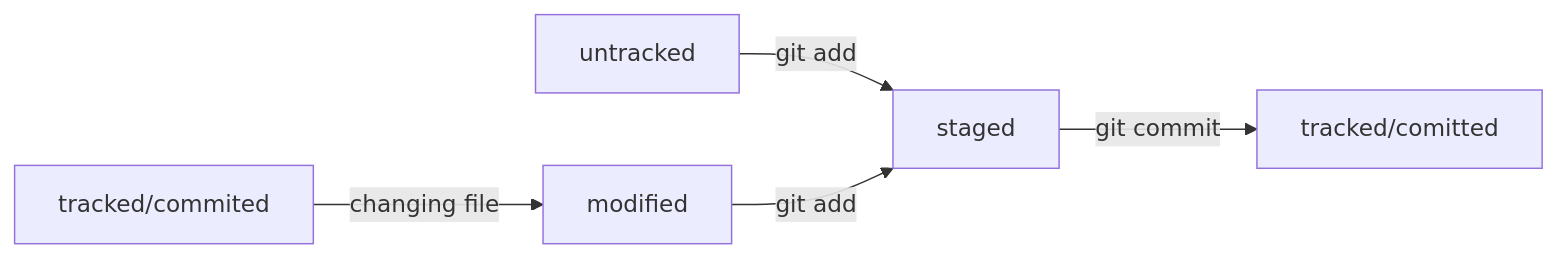
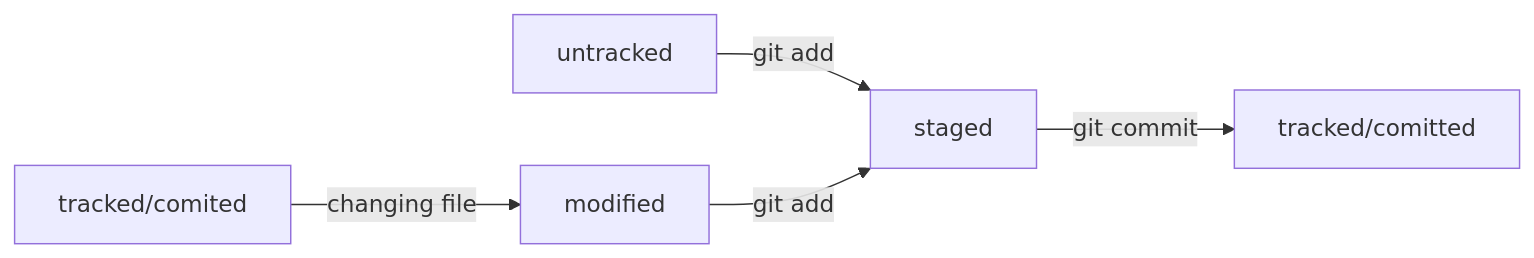
One commit to GVarya/aboutGit changed the diagram in README.md. Above: the diagram before and after it, drawn with Mermaid.

Commit message:
to many m were in commited

````diff
--- a/README.md
+++ b/README.md
@@ -98,7 +98,7 @@
 ```mermaid
 graph LR;
   untracked -- "git add" --> staged;
   staged    -- "git commit"     --> tracked/comitted;
-  tracked/commited -- "changing file" --> modified
+  tracked/comited -- "changing file" --> modified
   modified -- "git add" --> staged;
 ```
````
